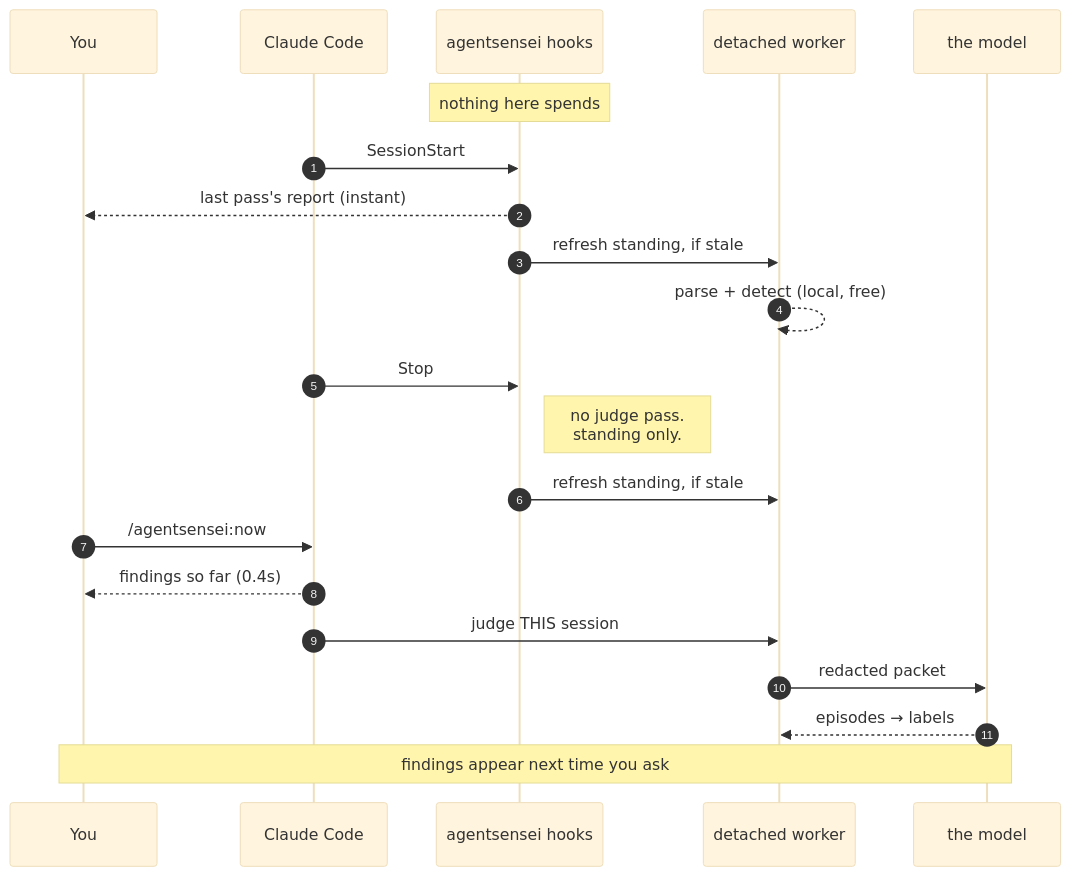
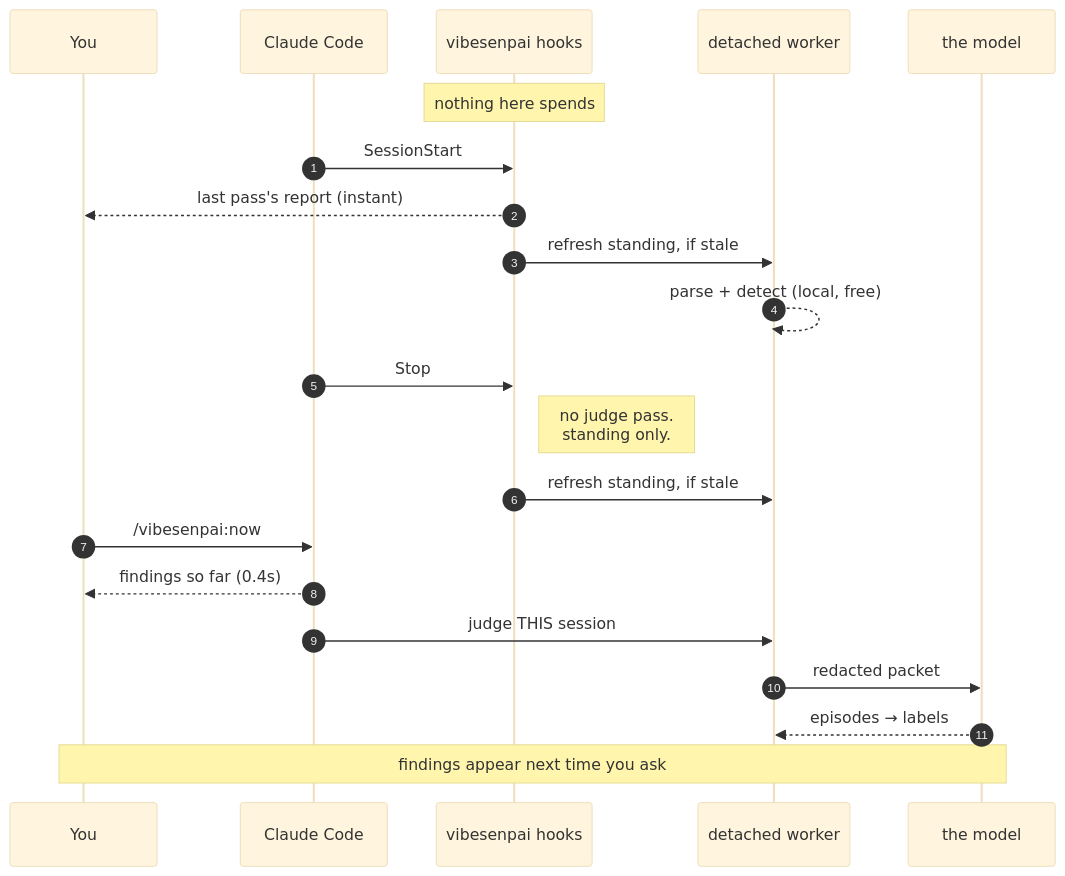
Before and after one commit to vibesenpai/vibesenpai: the diagram in site/src/diagrams/hook-lifecycle.mmd, drawn with Mermaid (base theme). The commit also changed 105 other files, not shown here.

First line of the commit message:
Rename agentsensei to vibesenpai; discover how your agents failed you

```diff
--- a/site/src/diagrams/hook-lifecycle.mmd
+++ b/site/src/diagrams/hook-lifecycle.mmd
@@ -1,25 +1,25 @@
 sequenceDiagram
   autonumber
   participant You
   participant CC as Claude Code
-  participant H as agentsensei hooks
+  participant H as vibesenpai hooks
   participant W as detached worker
   participant M as the model
 
   Note over H: nothing here spends
 
   CC->>H: SessionStart
   H-->>You: last pass's report (instant)
   H->>W: refresh standing, if stale
   W-->>W: parse + detect (local, free)
 
   CC->>H: Stop
   Note right of H: no judge pass.<br/>standing only.
   H->>W: refresh standing, if stale
 
-  You->>CC: /agentsensei:now
+  You->>CC: /vibesenpai:now
   CC-->>You: findings so far (0.4s)
   CC->>W: judge THIS session
   W->>M: redacted packet
   M-->>W: episodes → labels
   Note over You,M: findings appear next time you ask
```
